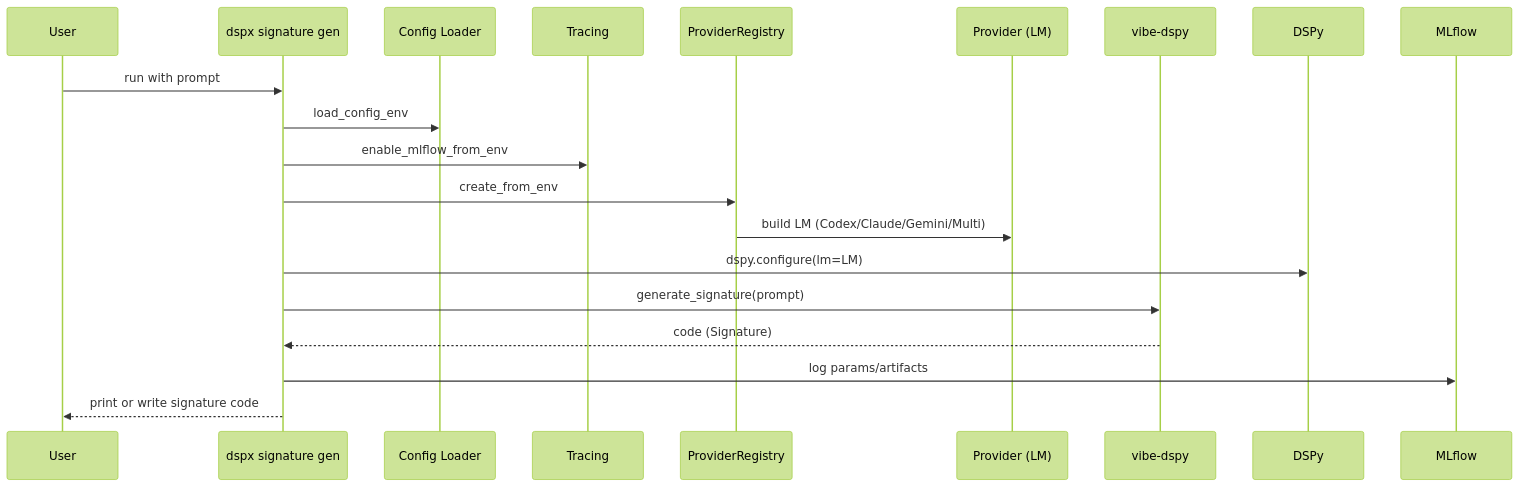
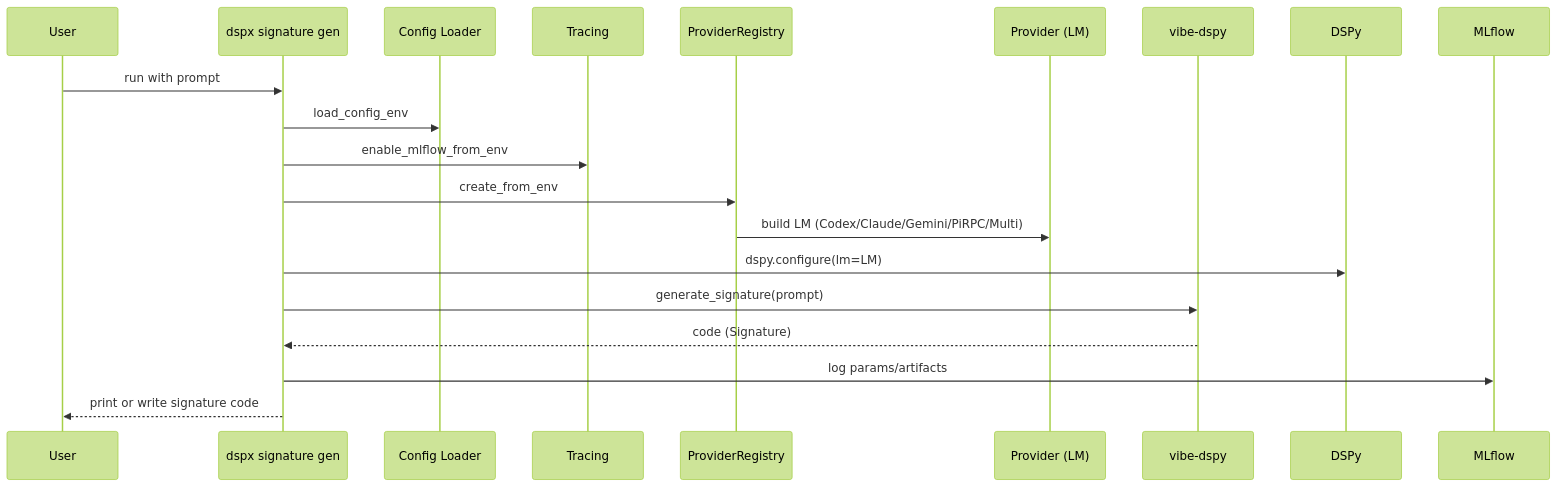
One commit to tryingET/dspx changed the third of 6 diagrams in docs/ARCHITECTURE.md. Above: the diagram before and after it, drawn with Mermaid (forest theme). The commit also changed other lines of this file and 6 other files, not shown here.

First line of the commit message:
📝 docs(architecture): refresh vision and docs metadata

````diff
--- a/docs/ARCHITECTURE.md
+++ b/docs/ARCHITECTURE.md
@@ -106,23 +118,23 @@
 ```mermaid
 sequenceDiagram
   participant U as User
   participant CLI as dspx signature gen
   participant Conf as Config Loader
   participant Tr as Tracing
   participant Reg as ProviderRegistry
   participant LM as Provider (LM)
   participant Vibe as vibe-dspy
   participant DSPy as DSPy
   participant ML as MLflow
 
   U->>CLI: run with prompt
   CLI->>Conf: load_config_env
   CLI->>Tr: enable_mlflow_from_env
   CLI->>Reg: create_from_env
-  Reg->>LM: build LM (Codex/Claude/Gemini/Multi)
+  Reg->>LM: build LM (Codex/Claude/Gemini/PiRPC/Multi)
   CLI->>DSPy: dspy.configure(lm=LM)
   CLI->>Vibe: generate_signature(prompt)
   Vibe-->>CLI: code (Signature)
   CLI->>ML: log params/artifacts
   CLI-->>U: print or write signature code
 ```
````
